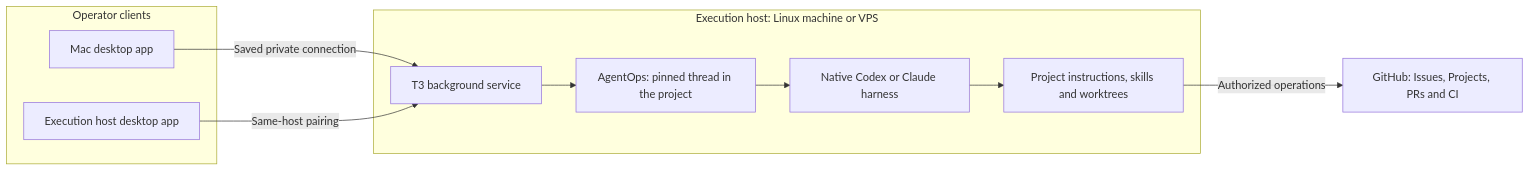
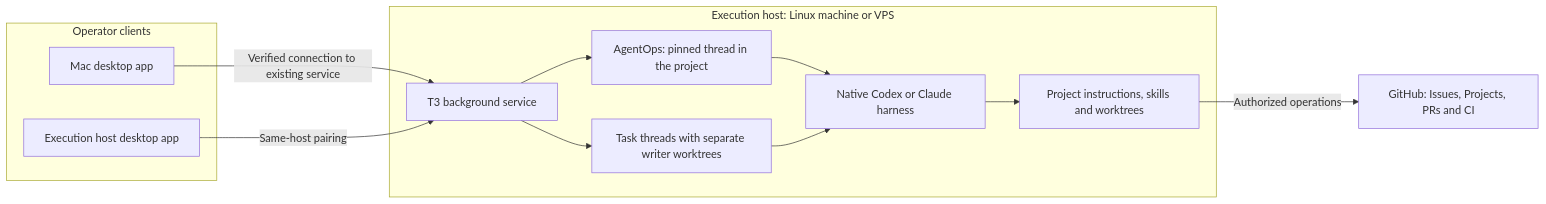
The diagram in foundation/factory-foundation/references/workspace.md (arcitai/factory), drawn with Mermaid before and after one commit. The commit also changed other lines of this file and 5 other files, not shown here.

````diff
--- a/foundation/factory-foundation/references/workspace.md
+++ b/foundation/factory-foundation/references/workspace.md
@@ -9,18 +9,20 @@
 ```mermaid
 flowchart LR
   subgraph Clients[Operator clients]
     Mac[Mac desktop app]
     Desktop[Execution host desktop app]
   end
   subgraph Host[Execution host: Linux machine or VPS]
     Service[T3 background service]
     Ops[AgentOps: pinned thread in the project]
+    Tasks[Task threads with separate writer worktrees]
     Harness[Native Codex or Claude harness]
     Work[Project instructions, skills and worktrees]
     Service --> Ops --> Harness --> Work
+    Service --> Tasks --> Harness
   end
   GitHub[GitHub: Issues, Projects, PRs and CI]
-  Mac -->|Saved private connection| Service
+  Mac -->|Verified connection to existing service| Service
   Desktop -->|Same-host pairing| Service
   Work -->|Authorized operations| GitHub
 ```
````
